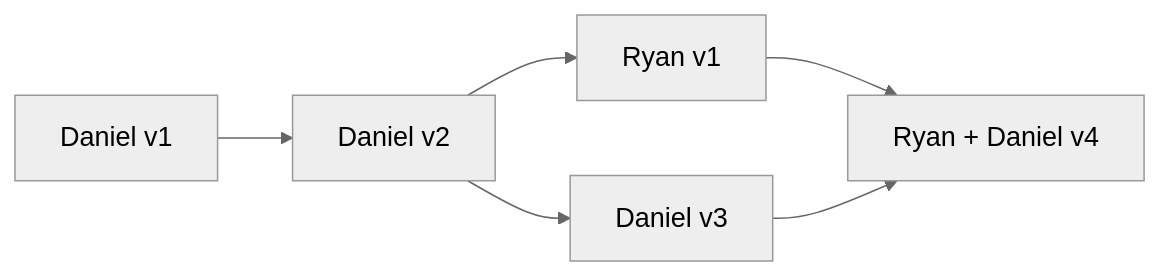
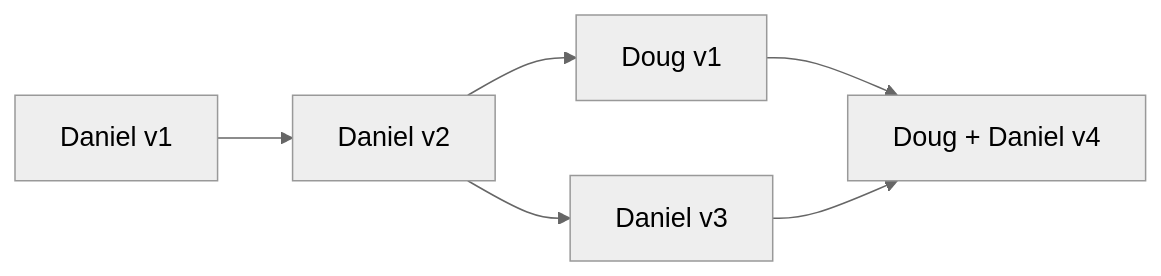
The first of 6 diagrams in slides/05_collaboration.qmd (openstatsware/shortcourse-iscb2025), drawn with Mermaid (neutral theme) before and after one commit. The commit also changed other lines of this file and 20 other files, not shown here.

````diff
--- a/slides/05_collaboration.qmd
+++ b/slides/05_collaboration.qmd
@@ -72,8 +72,8 @@
 ```{mermaid}
 flowchart LR
   A[<font size=4> Daniel v1] --> B[<font size=4> Daniel v2]
   B --> C[<font size=4> Daniel v3]
-  B --> D[<font size=4> Ryan v1]
-  D --> E[<font size=4> Ryan + Daniel v4]
+  B --> D[<font size=4> Doug v1]
+  D --> E[<font size=4> Doug + Daniel v4]
   C --> E
 ```
````
